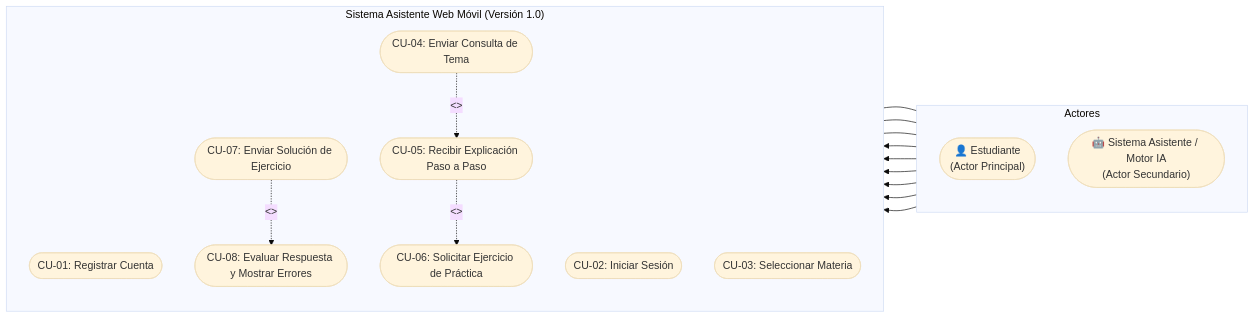
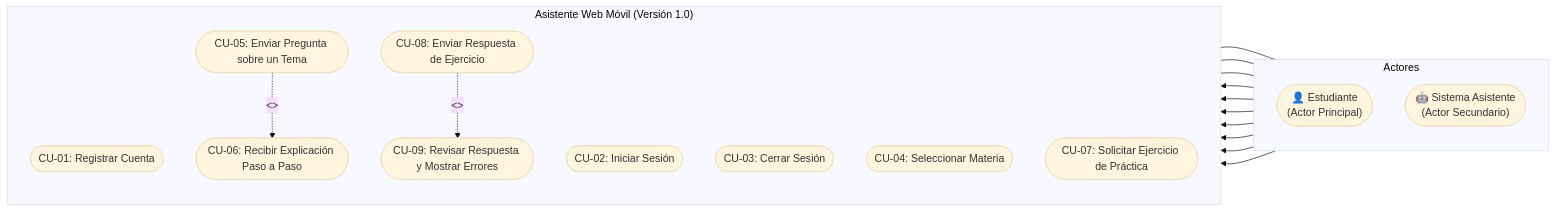
One commit to Rocks1D1Xebec/ingsof_proyecto changed the second of 2 diagrams in Proyecto/informe_requerimientos_asistente_escolar.md. Above: the diagram before and after it, drawn with Mermaid (base theme). The commit also changed other lines of this file, not shown here.

Commit message:
Coreecion de errores presentados

````diff
--- a/Proyecto/informe_requerimientos_asistente_escolar.md
+++ b/Proyecto/informe_requerimientos_asistente_escolar.md
@@ -173,38 +148,39 @@
 ```mermaid
 flowchart LR
     subgraph Actores
         direction TB
         E(["👤 Estudiante\n(Actor Principal)"])
-        AI(["🤖 Sistema Asistente / Motor IA\n(Actor Secundario)"])
+        SA(["🤖 Sistema Asistente\n(Actor Secundario)"])
     end
 
-    subgraph Sistema ["Sistema Asistente Web Móvil (Versión 1.0)"]
+    subgraph Sistema ["Asistente Web Móvil (Versión 1.0)"]
         direction TB
         CU01(["CU-01: Registrar Cuenta"])
         CU02(["CU-02: Iniciar Sesión"])
-        CU03(["CU-03: Seleccionar Materia"])
-        CU04(["CU-04: Enviar Consulta de Tema"])
-        CU05(["CU-05: Recibir Explicación Paso a Paso"])
-        CU06(["CU-06: Solicitar Ejercicio de Práctica"])
-        CU07(["CU-07: Enviar Solución de Ejercicio"])
-        CU08(["CU-08: Evaluar Respuesta y Mostrar Errores"])
+        CU03(["CU-03: Cerrar Sesión"])
+        CU04(["CU-04: Seleccionar Materia"])
+        CU05(["CU-05: Enviar Pregunta sobre un Tema"])
+        CU06(["CU-06: Recibir Explicación Paso a Paso"])
+        CU07(["CU-07: Solicitar Ejercicio de Práctica"])
+        CU08(["CU-08: Enviar Respuesta de Ejercicio"])
+        CU09(["CU-09: Revisar Respuesta y Mostrar Errores"])
     end
 
-    %% Relaciones de Estudiante
+    %% Relaciones del Estudiante
     E --> CU01
     E --> CU02
     E --> CU03
     E --> CU04
-    E --> CU06
+    E --> CU05
     E --> CU07
+    E --> CU08
 
-    %% Inclusiones y Extensiones
-    CU04 -. "<<include>>" .-> CU05
-    CU07 -. "<<include>>" .-> CU08
-    CU05 -. "<<extend>>" .-> CU06
+    %% Inclusiones
+    CU05 -. "<<include>>" .-> CU06
+    CU08 -. "<<include>>" .-> CU09
 
-    %% Relaciones con el Sistema Asistente IA
-    CU05 --- AI
-    CU06 --- AI
-    CU08 --- AI
+    %% Relaciones con el Sistema Asistente
+    CU06 --- SA
+    CU07 --- SA
+    CU09 --- SA
 ```
````
